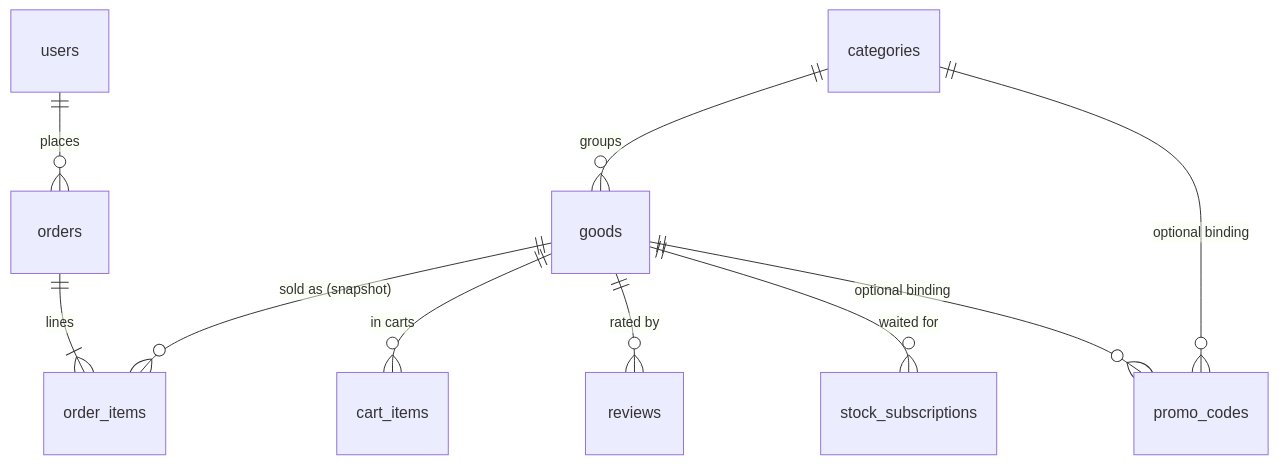
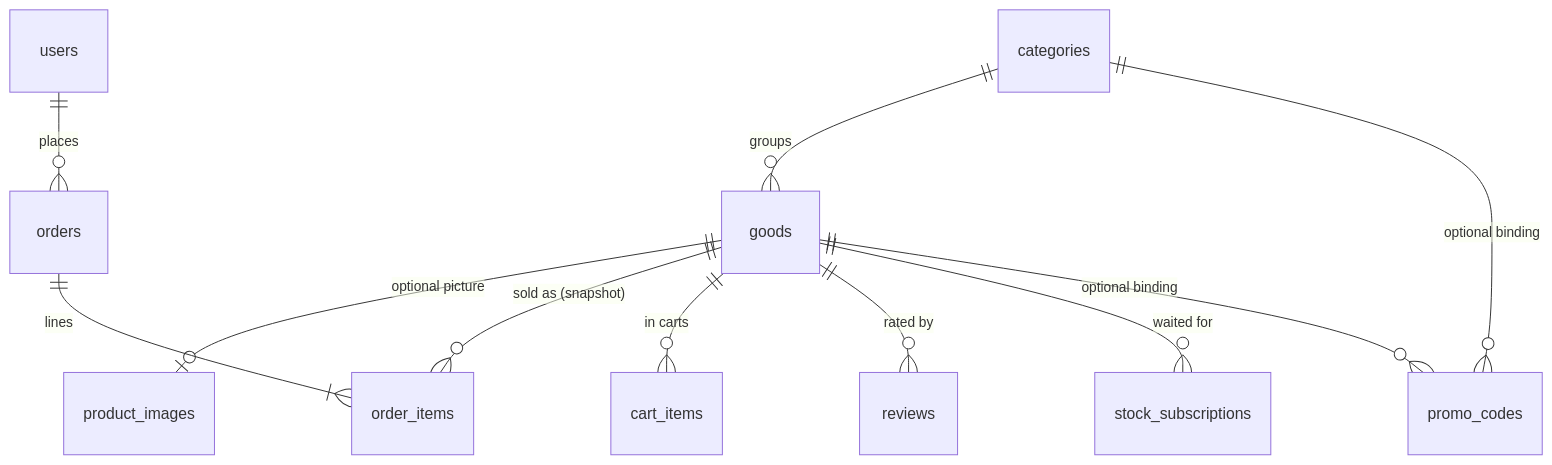
Before and after one commit to aventurine-tech/Telegram-shop: the fourth of 5 diagrams in README.md, drawn with Mermaid. The commit also changed other lines of this file and 5 other files, not shown here.

````diff
--- a/README.md
+++ b/README.md
@@ -224,12 +228,13 @@
 ```mermaid
 erDiagram
     categories ||--o{ goods: "groups"
+    goods ||--o| product_images: "optional picture"
     goods ||--o{ order_items: "sold as (snapshot)"
     orders ||--|{ order_items: "lines"
     users ||--o{ orders: "places"
     goods ||--o{ cart_items: "in carts"
     goods ||--o{ reviews: "rated by"
     goods ||--o{ stock_subscriptions: "waited for"
     categories ||--o{ promo_codes: "optional binding"
     goods ||--o{ promo_codes: "optional binding"
 ```
````
